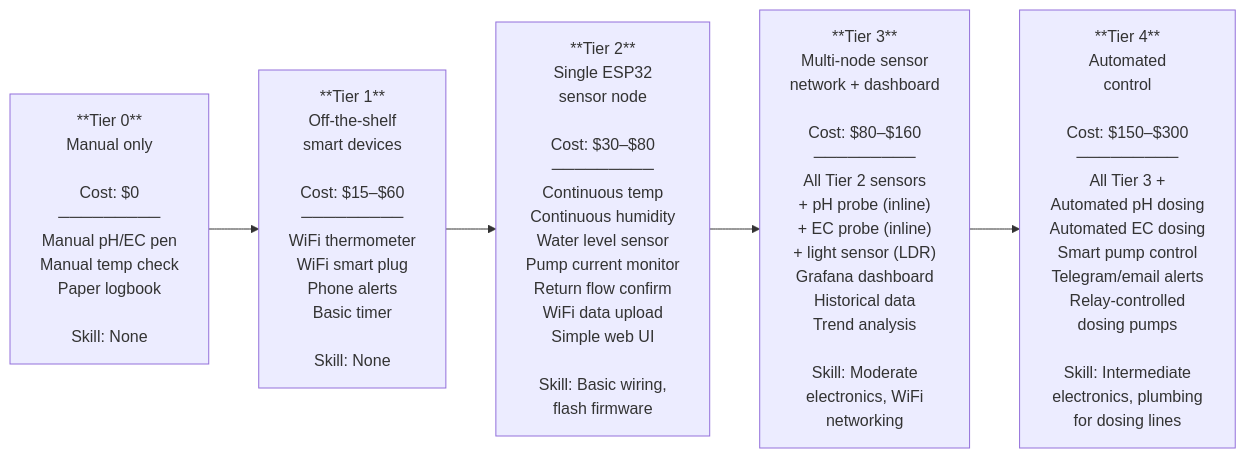
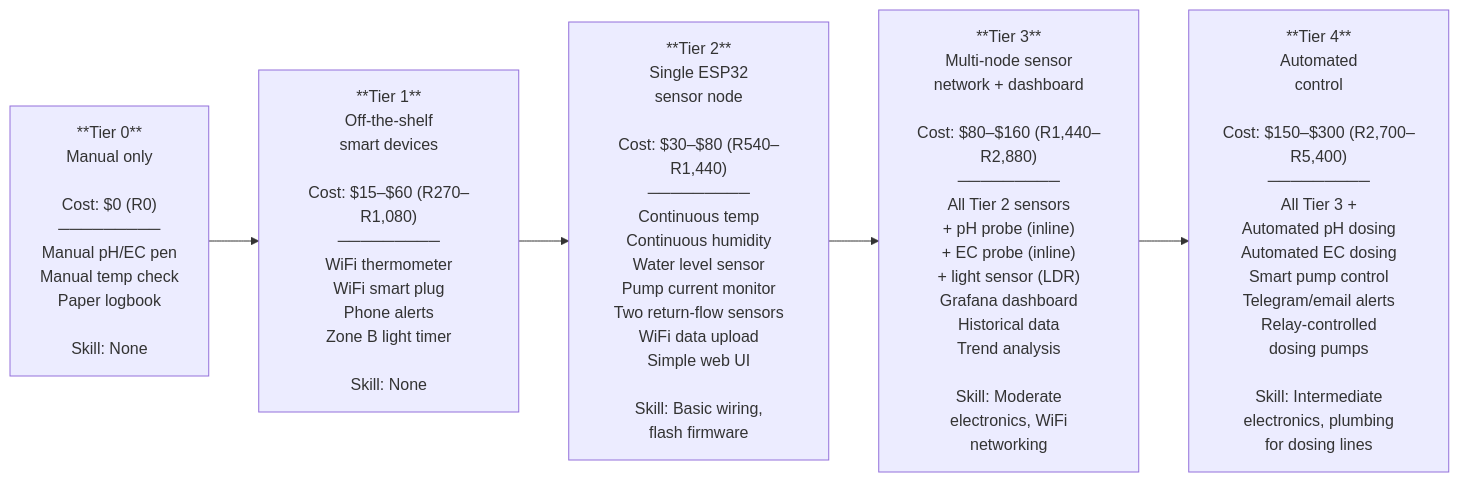
One commit to UncleJS/guide_hydroponics changed the second of 14 diagrams in guide/nft/13-automation.md. Above: the diagram before and after it, drawn with Mermaid. The commit also changed other lines of this file and 35 other files, not shown here.

````diff
--- a/guide/nft/13-automation.md
+++ b/guide/nft/13-automation.md
@@ -163,10 +163,10 @@
 ```mermaid
 flowchart LR
-    T0["**Tier 0**<br/>Manual only<br/><br/>Cost: $0<br/>─────────<br/>Manual pH/EC pen<br/>Manual temp check<br/>Paper logbook<br/><br/>Skill: None"]
-    T1["**Tier 1**<br/>Off-the-shelf<br/>smart devices<br/><br/>Cost: $15–$60<br/>─────────<br/>WiFi thermometer<br/>WiFi smart plug<br/>Phone alerts<br/>Basic timer<br/><br/>Skill: None"]
-    T2["**Tier 2**<br/>Single ESP32<br/>sensor node<br/><br/>Cost: $30–$80<br/>─────────<br/>Continuous temp<br/>Continuous humidity<br/>Water level sensor<br/>Pump current monitor<br/>Return flow confirm<br/>WiFi data upload<br/>Simple web UI<br/><br/>Skill: Basic wiring,<br/>flash firmware"]
-    T3["**Tier 3**<br/>Multi-node sensor<br/>network + dashboard<br/><br/>Cost: $80–$160<br/>─────────<br/>All Tier 2 sensors<br/>+ pH probe (inline)<br/>+ EC probe (inline)<br/>+ light sensor (LDR)<br/>Grafana dashboard<br/>Historical data<br/>Trend analysis<br/><br/>Skill: Moderate<br/>electronics, WiFi<br/>networking"]
-    T4["**Tier 4**<br/>Automated<br/>control<br/><br/>Cost: $150–$300<br/>─────────<br/>All Tier 3 +<br/>Automated pH dosing<br/>Automated EC dosing<br/>Smart pump control<br/>Telegram/email alerts<br/>Relay-controlled<br/>dosing pumps<br/><br/>Skill: Intermediate<br/>electronics, plumbing<br/>for dosing lines"]
+    T0["**Tier 0**<br/>Manual only<br/><br/>Cost: $0 (R0)<br/>─────────<br/>Manual pH/EC pen<br/>Manual temp check<br/>Paper logbook<br/><br/>Skill: None"]
+    T1["**Tier 1**<br/>Off-the-shelf<br/>smart devices<br/><br/>Cost: $15–$60 (R270–R1,080)<br/>─────────<br/>WiFi thermometer<br/>WiFi smart plug<br/>Phone alerts<br/>Zone B light timer<br/><br/>Skill: None"]
+    T2["**Tier 2**<br/>Single ESP32<br/>sensor node<br/><br/>Cost: $30–$80 (R540–R1,440)<br/>─────────<br/>Continuous temp<br/>Continuous humidity<br/>Water level sensor<br/>Pump current monitor<br/>Two return-flow sensors<br/>WiFi data upload<br/>Simple web UI<br/><br/>Skill: Basic wiring,<br/>flash firmware"]
+    T3["**Tier 3**<br/>Multi-node sensor<br/>network + dashboard<br/><br/>Cost: $80–$160 (R1,440–R2,880)<br/>─────────<br/>All Tier 2 sensors<br/>+ pH probe (inline)<br/>+ EC probe (inline)<br/>+ light sensor (LDR)<br/>Grafana dashboard<br/>Historical data<br/>Trend analysis<br/><br/>Skill: Moderate<br/>electronics, WiFi<br/>networking"]
+    T4["**Tier 4**<br/>Automated<br/>control<br/><br/>Cost: $150–$300 (R2,700–R5,400)<br/>─────────<br/>All Tier 3 +<br/>Automated pH dosing<br/>Automated EC dosing<br/>Smart pump control<br/>Telegram/email alerts<br/>Relay-controlled<br/>dosing pumps<br/><br/>Skill: Intermediate<br/>electronics, plumbing<br/>for dosing lines"]
 
     T0 --> T1 --> T2 --> T3 --> T4
 ```
````
